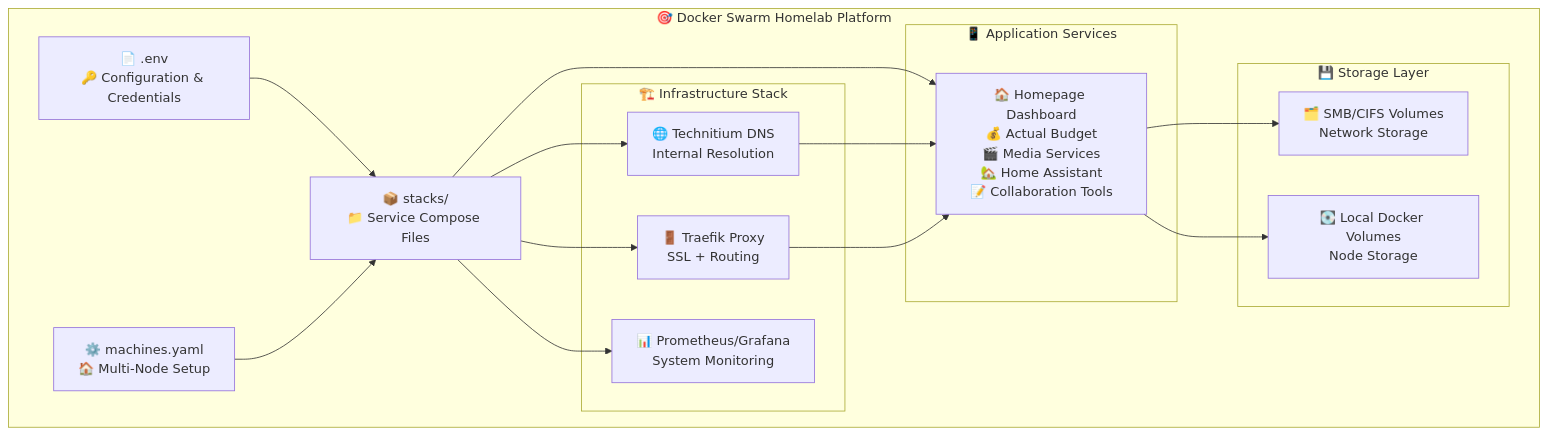
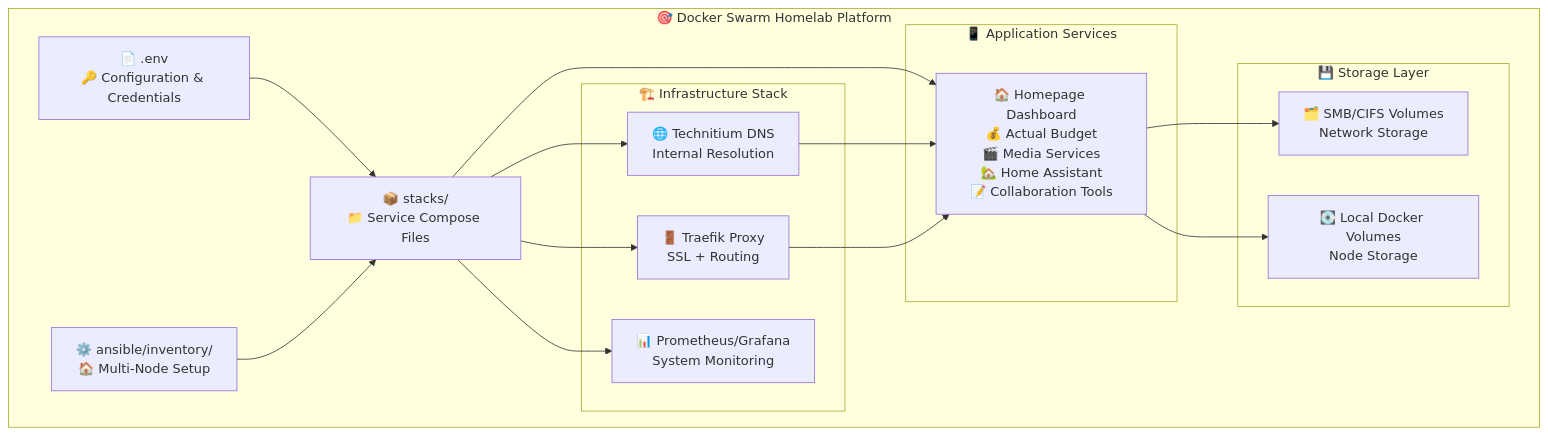
Before and after one commit to chutch3/homelab: the diagram in docs/index.md, drawn with Mermaid. The commit also changed other lines of this file and 88 other files, not shown here.

````diff
--- a/docs/index.md
+++ b/docs/index.md
@@ -174,35 +183,35 @@
 ```mermaid
 graph TB
     subgraph "🎯 Docker Swarm Homelab Platform"
         ENV["📄 .env<br/>🔑 Configuration & Credentials"]
-        MACHINES["⚙️ machines.yaml<br/>🏠 Multi-Node Setup"]
+        INVENTORY["⚙️ ansible/inventory/<br/>🏠 Multi-Node Setup"]
         STACKS["📦 stacks/<br/>📁 Service Compose Files"]
 
         subgraph "🏗️ Infrastructure Stack"
             DNS["🌐 Technitium DNS<br/>Internal Resolution"]
             TRAEFIK["🚪 Traefik Proxy<br/>SSL + Routing"]
             MONITORING["📊 Prometheus/Grafana<br/>System Monitoring"]
         end
 
         subgraph "📱 Application Services"
             APPS["🏠 Homepage Dashboard<br/>💰 Actual Budget<br/>🎬 Media Services<br/>🏡 Home Assistant<br/>📝 Collaboration Tools"]
         end
 
         subgraph "💾 Storage Layer"
             CIFS["🗂️ SMB/CIFS Volumes<br/>Network Storage"]
             LOCAL["💽 Local Docker Volumes<br/>Node Storage"]
         end
     end
 
     ENV --> STACKS
-    MACHINES --> STACKS
+    INVENTORY --> STACKS
     STACKS --> DNS
     STACKS --> TRAEFIK
     STACKS --> MONITORING
     STACKS --> APPS
 
     DNS --> APPS
     TRAEFIK --> APPS
     APPS --> CIFS
     APPS --> LOCAL
 ```
````
